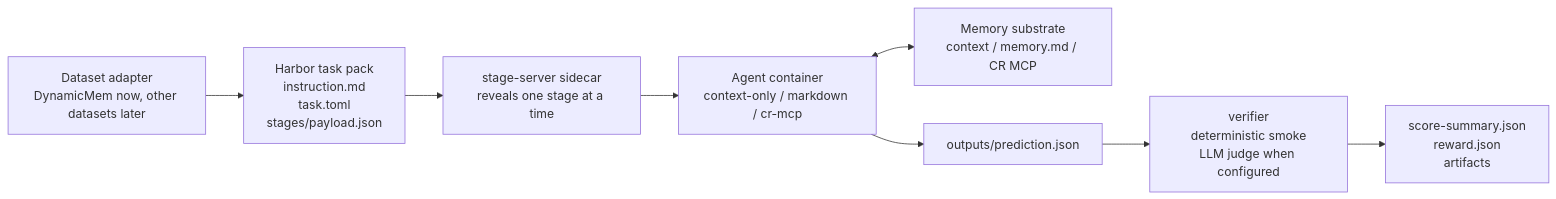
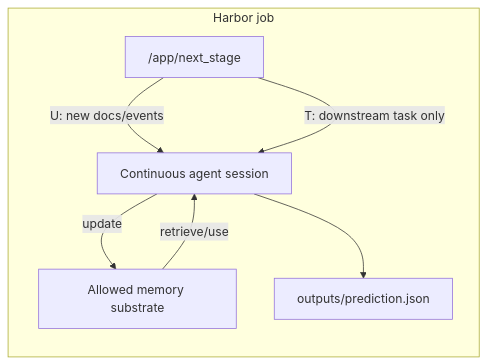
Before and after one commit to loyalagents/context-router: the diagram in examples/eval-harbor/framework/README.md, drawn with Mermaid. The commit also changed other lines of this file and 2 other files, not shown here.

Commit message:
Clean up Harbor eval docs

````diff
--- a/examples/eval-harbor/framework/README.md
+++ b/examples/eval-harbor/framework/README.md
@@ -32,19 +40,15 @@
 ```mermaid
 flowchart LR
-  Dataset["Dataset adapter<br/>DynamicMem now, other datasets later"]
-  Task["Harbor task pack<br/>instruction.md<br/>task.toml<br/>stages/payload.json"]
-  Stage["stage-server sidecar<br/>reveals one stage at a time"]
-  Agent["Agent container<br/>context-only / markdown / cr-mcp"]
-  Memory["Memory substrate<br/>context / memory.md / CR MCP"]
-  Output["outputs/prediction.json"]
-  Verifier["verifier<br/>deterministic smoke<br/>LLM judge when configured"]
-  Report["score-summary.json<br/>reward.json<br/>artifacts"]
+  subgraph Harbor["Harbor job"]
+    Agent["Continuous agent session"]
+    Stage["/app/next_stage"]
+    Memory["Allowed memory substrate"]
+    Output["outputs/prediction.json"]
+  end
 
-  Dataset --> Task
-  Task --> Stage
-  Stage --> Agent
-  Agent <--> Memory
+  Stage -->|"U: new docs/events"| Agent
+  Agent -->|"update"| Memory
+  Stage -->|"T: downstream task only"| Agent
+  Memory -->|"retrieve/use"| Agent
   Agent --> Output
-  Output --> Verifier
-  Verifier --> Report
 ```
````
